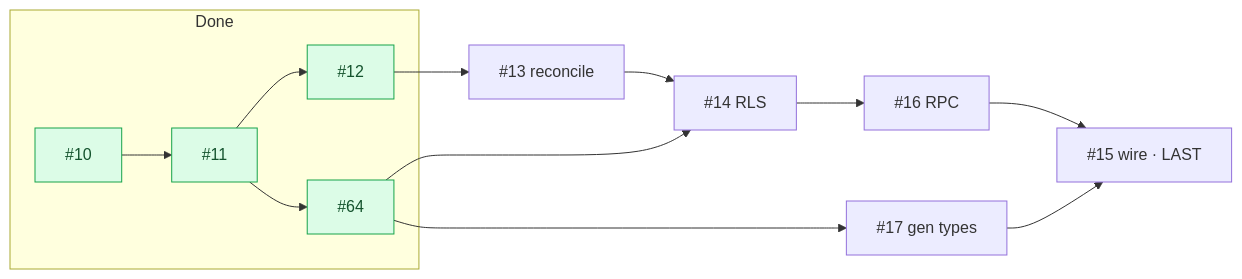
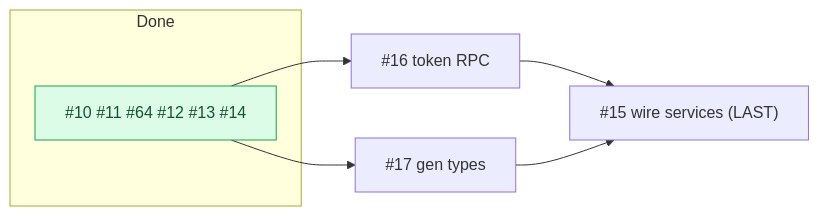
One commit to zestones/vista changed the diagram in docs/audits/milestone-Phase 2 - Backend Supabase & auth-audit.md. Above: the diagram before and after it, drawn with Mermaid. The commit also changed other lines of this file, not shown here.

````diff
--- a/docs/audits/milestone-Phase 2 - Backend Supabase & auth-audit.md
+++ b/docs/audits/milestone-Phase 2 - Backend Supabase & auth-audit.md
@@ -22,16 +22,12 @@
 ```mermaid
 graph LR
   subgraph Done
-    I10[#10] --> I11[#11] --> I64[#64]
-    I11 --> I12[#12]
+    D["#10 #11 #64 #12 #13 #14"]
   end
-  I12 --> I13[#13 reconcile]
-  I13 --> I14[#14 RLS]
-  I64 --> I14
-  I14 --> I16[#16 RPC]
-  I64 --> I17[#17 gen types]
-  I16 --> I15
-  I17 --> I15[#15 wire · LAST]
+  D --> I16["#16 token RPC"]
+  D --> I17["#17 gen types"]
+  I16 --> I15["#15 wire services (LAST)"]
+  I17 --> I15
   classDef done fill:#dcfce7,stroke:#16a34a,color:#14532d;
-  class I10,I11,I64,I12 done;
+  class D done;
 ```
````
